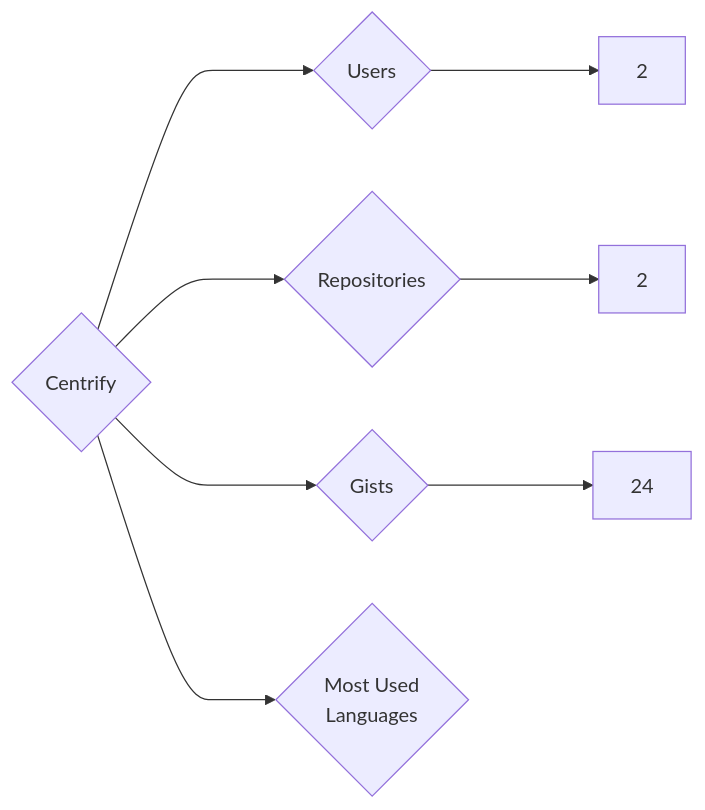
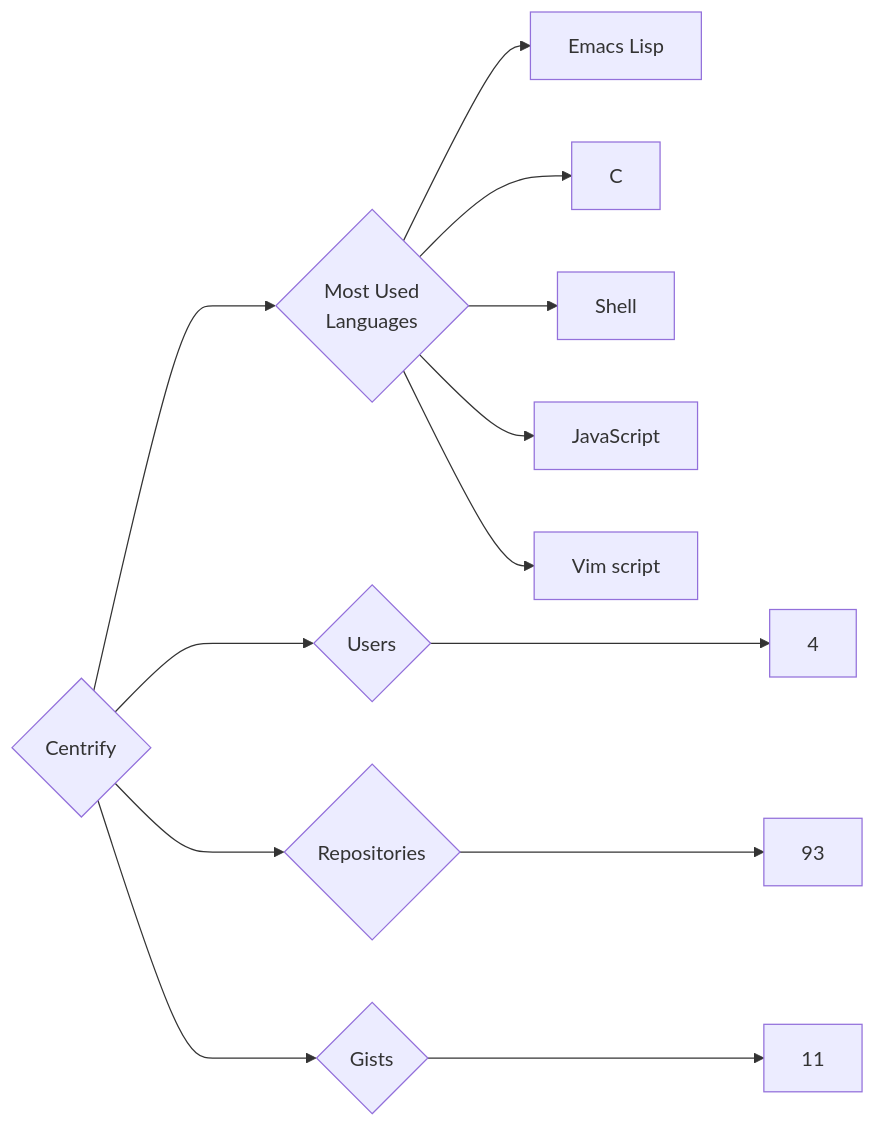
Before and after one commit to trickest/insiders: the diagram in targets/Centrify/README.md, drawn with Mermaid. The commit also changed 736 other files, not shown here.

````diff
--- a/targets/Centrify/README.md
+++ b/targets/Centrify/README.md
@@ -3,8 +3,13 @@
 ```mermaid
 graph LR
 COMPANY_NAME{Centrify}
-COMPANY_NAME ---> U{Users} ---> UN[2]
-COMPANY_NAME ---> R{Repositories} ---> RN[2]
-COMPANY_NAME ---> G{Gists} ---> GN[24]
+COMPANY_NAME ---> U{Users} ---> UN[4]
+COMPANY_NAME ---> R{Repositories} ---> RN[93]
+COMPANY_NAME ---> G{Gists} ---> GN[11]
 COMPANY_NAME ---> ML{Most Used<br>Languages}
+ML --> Emacs_Lisp[Emacs Lisp]
+ML --> C[C]
+ML --> Shell[Shell]
+ML --> JavaScript[JavaScript]
+ML --> Vim_script[Vim script]
 ```
````
